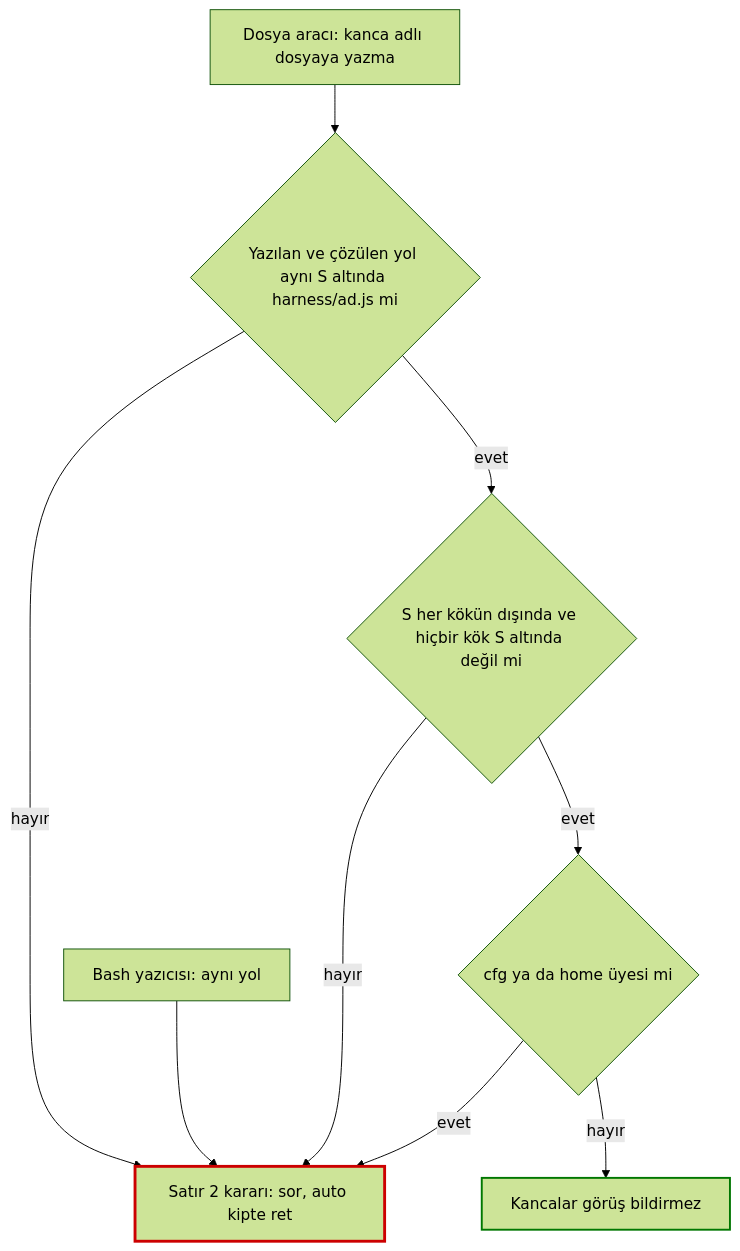
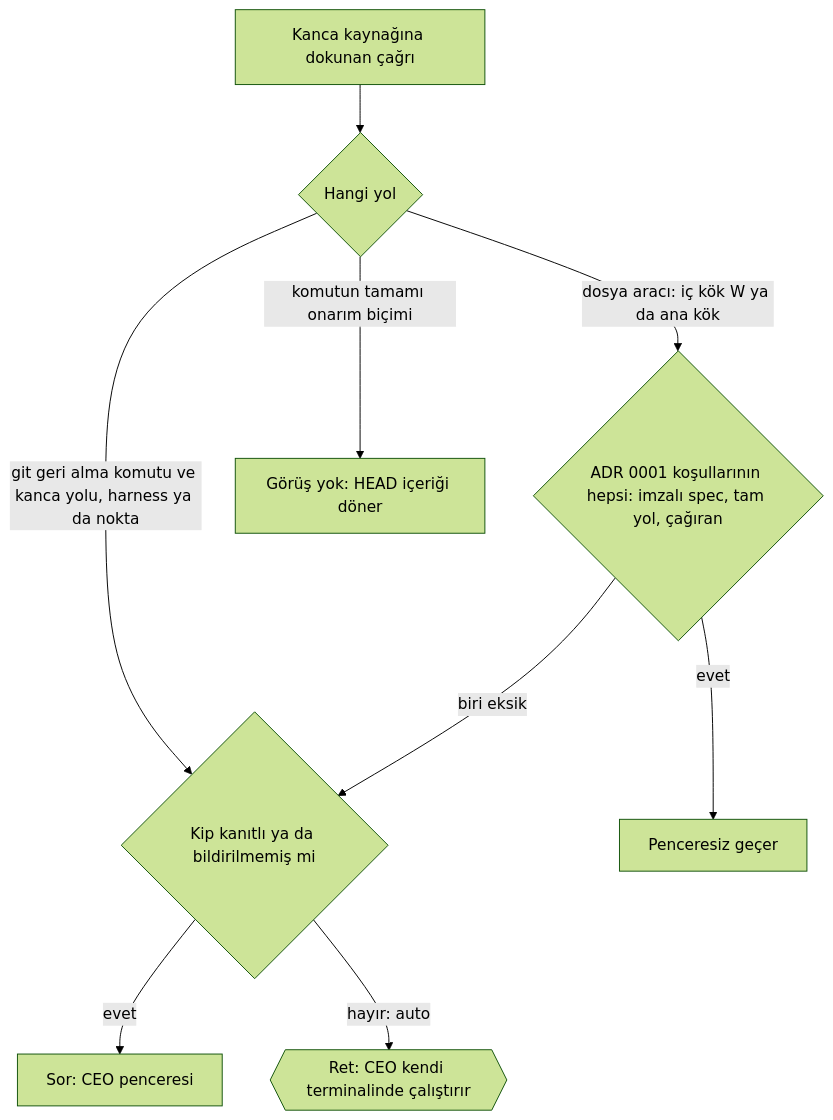
One commit to GktuOktay/claude-agency-v2 changed the diagram in docs/architecture/adr/0002-hook-scratch-and-mobile-envelope.md. Above: the diagram before and after it, drawn with Mermaid (forest theme). The commit also changed other lines of this file and 1 other file, not shown here.

Commit message:
docs: ADR 0002 resynced; board approves spec 0010 round 2

````diff
--- a/docs/architecture/adr/0002-hook-scratch-and-mobile-envelope.md
+++ b/docs/architecture/adr/0002-hook-scratch-and-mobile-envelope.md
@@ -42,15 +55,11 @@
 ```mermaid
 flowchart TD
-  A[Dosya aracı: kanca adlı dosyaya yazma] --> B{Yazılan ve çözülen yol aynı S altında harness/ad.js mi}
-  B -- hayır --> X[Satır 2 kararı: sor, auto kipte ret]
-  B -- evet --> C{S her kökün dışında ve hiçbir kök S altında değil mi}
-  C -- hayır --> X
-  C -- evet --> D{cfg ya da home üyesi mi}
-  D -- evet --> X
-  D -- hayır --> N[Kancalar görüş bildirmez]
-  W[Bash yazıcısı: aynı yol] --> X
-  classDef ceo stroke:#c00,stroke-width:3px
-  classDef oto stroke:#070,stroke-width:2px
-  class X ceo
-  class N oto
+  A[Kanca kaynağına dokunan çağrı] --> B{Hangi yol}
+  B -->|"dosya aracı: iç kök W ya da ana kök"| C{ADR 0001 koşullarının hepsi: imzalı spec, tam yol, çağıran}
+  B -->|"komutun tamamı onarım biçimi"| N[Görüş yok: HEAD içeriği döner]
+  B -->|"git geri alma komutu ve kanca yolu, harness ya da nokta"| M{Kip kanıtlı ya da bildirilmemiş mi}
+  C -->|"evet"| P[Penceresiz geçer]
+  C -->|"biri eksik"| M
+  M -->|"evet"| Q[Sor: CEO penceresi]
+  M -->|"hayır: auto"| X{{Ret: CEO kendi terminalinde çalıştırır}}
 ```
````
